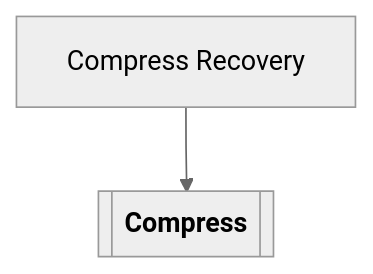
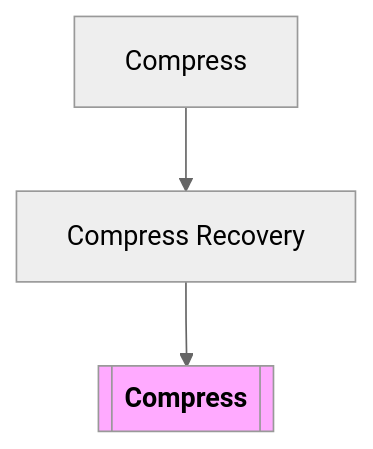
The third of 6 diagrams in notes/plan.md (clintwebb/bakker), drawn with Mermaid (neutral theme) before and after one commit. The commit also changed other lines of this file, not shown here.

````diff
--- a/notes/plan.md
+++ b/notes/plan.md
@@ -52,11 +54,13 @@
 ```mermaid
 flowchart TD;
     %% To mark an item as completed (green)
     %% style EXAMPLE fill:#afa
 
     %% To provide a link
     %% A[<a href='https://google.com'>works</a>]
 
-    FEAT_COMP_RECOVER[Compress Recovery] --> TARG_COMPRESS
-    TARG_COMPRESS[["`**Compress**`"]]
+    FEAT_COMPRESS[Compress] -->
+    FEAT_COMP_RECOVER[Compress Recovery] -->
+    TARGET[["`**Compress**`"]]
+    style TARGET fill:#faf
 ```
````
